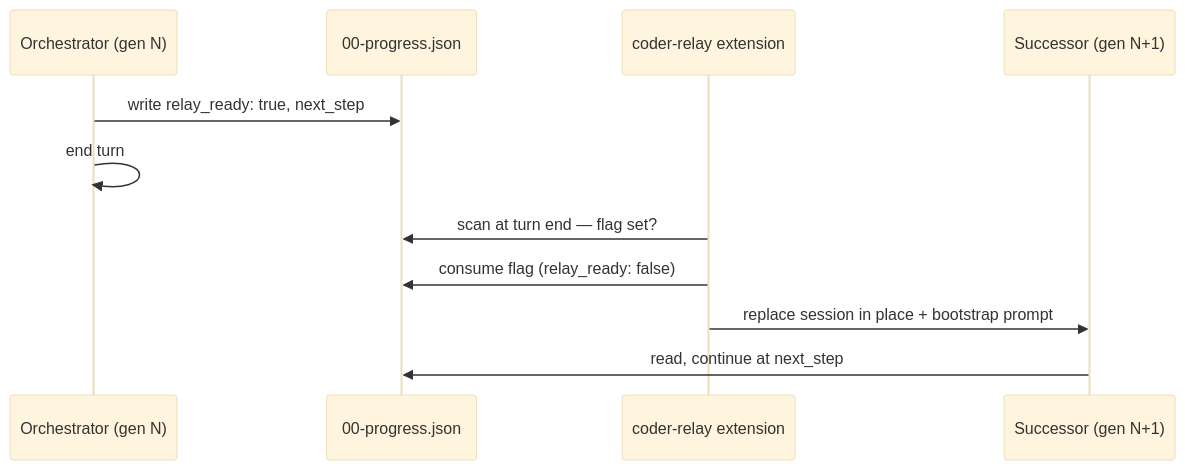
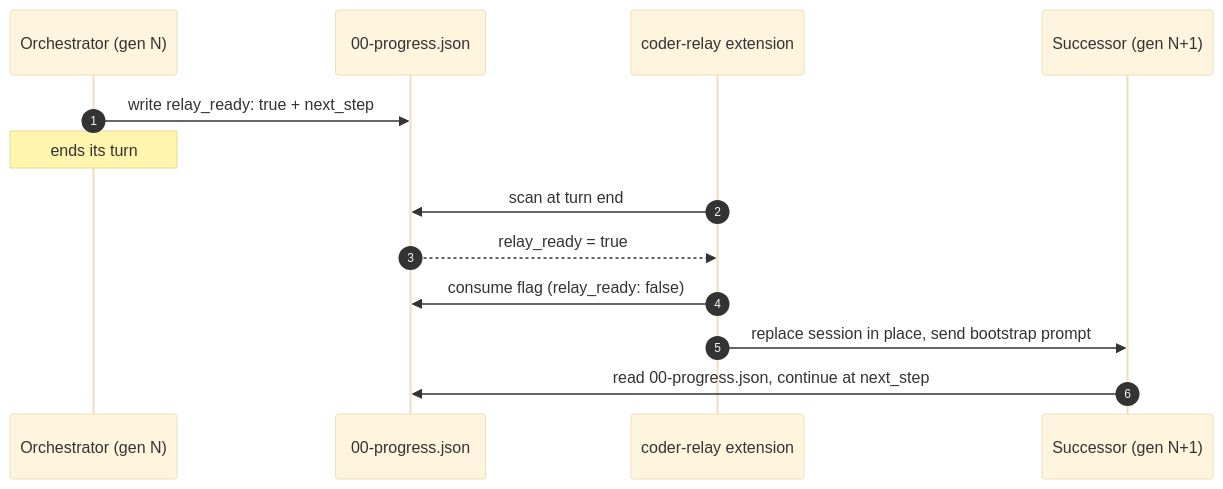
Before and after one commit to clouatre-labs/agentic-coder-skill: the second of 2 diagrams in README.md, drawn with Mermaid (base theme).

Commit message:
docs(readme): clarify figure 3 with autonumber and response arrow

````diff
--- a/README.md
+++ b/README.md
@@ -244,13 +244,15 @@
 ```mermaid
 sequenceDiagram
+    autonumber
     participant O as Orchestrator (gen N)
     participant F as 00-progress.json
     participant E as coder-relay extension
     participant S as Successor (gen N+1)
-    O->>F: write relay_ready: true, next_step
-    O->>O: end turn
-    E->>F: scan at turn end — flag set?
+    O->>F: write relay_ready: true + next_step
+    note over O: ends its turn
+    E->>F: scan at turn end
+    F-->>E: relay_ready = true
     E->>F: consume flag (relay_ready: false)
-    E->>S: replace session in place + bootstrap prompt
-    S->>F: read, continue at next_step
+    E->>S: replace session in place, send bootstrap prompt
+    S->>F: read 00-progress.json, continue at next_step
 ```
````
